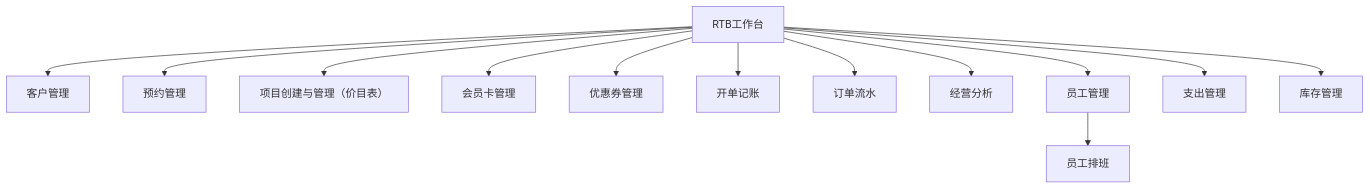
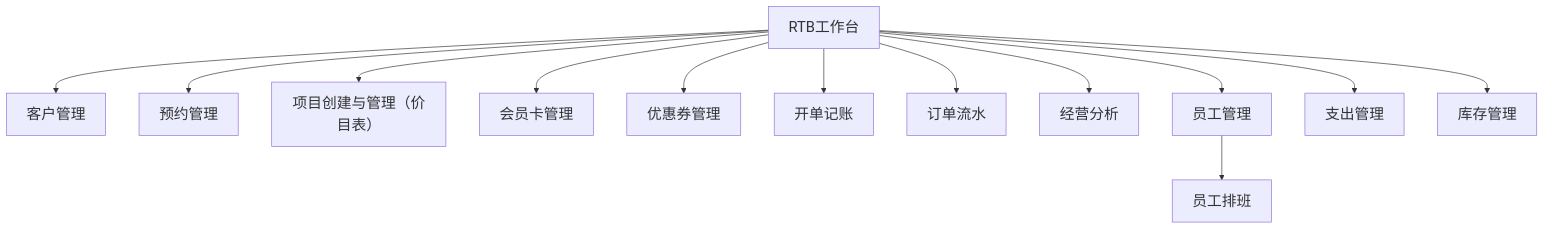
One commit to XDean-Designer/card changed the second of 10 diagrams in RTB产品计划概览.md. Above: the diagram before and after it, drawn with Mermaid. The commit also changed other lines of this file and 2 other files, not shown here.

First line of the commit message:
Rewrite overview main-flow diagrams into readable Chinese swimlanes.

````diff
--- a/RTB产品计划概览.md
+++ b/RTB产品计划概览.md
@@ -71,16 +75,17 @@
 ```mermaid
+%%{init: {'themeVariables': {'fontSize': '22px', 'fontFamily': 'PingFang SC, Microsoft YaHei, sans-serif'}}}%%
 flowchart TB
   wb[RTB工作台]
   wb --> cust[客户管理]
   wb --> appt[预约管理]
   wb --> price[项目创建与管理（价目表）]
   wb --> card[会员卡管理]
   wb --> coupon[优惠券管理]
   wb --> bill[开单记账]
   wb --> flow[订单流水]
   wb --> biz[经营分析]
   wb --> staff[员工管理]
   staff --> sch[员工排班]
   wb --> exp[支出管理]
   wb --> stock[库存管理]
 ```
````
